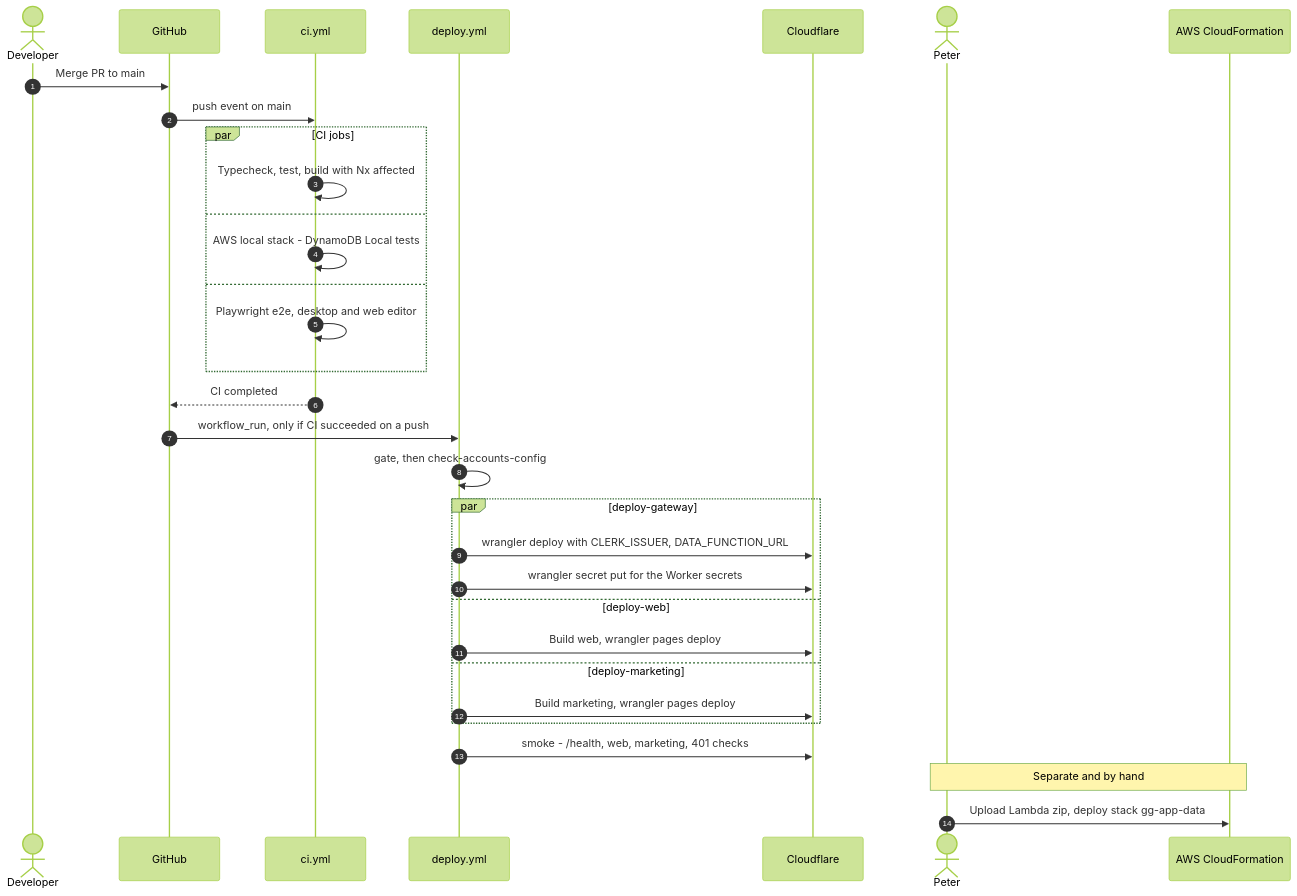
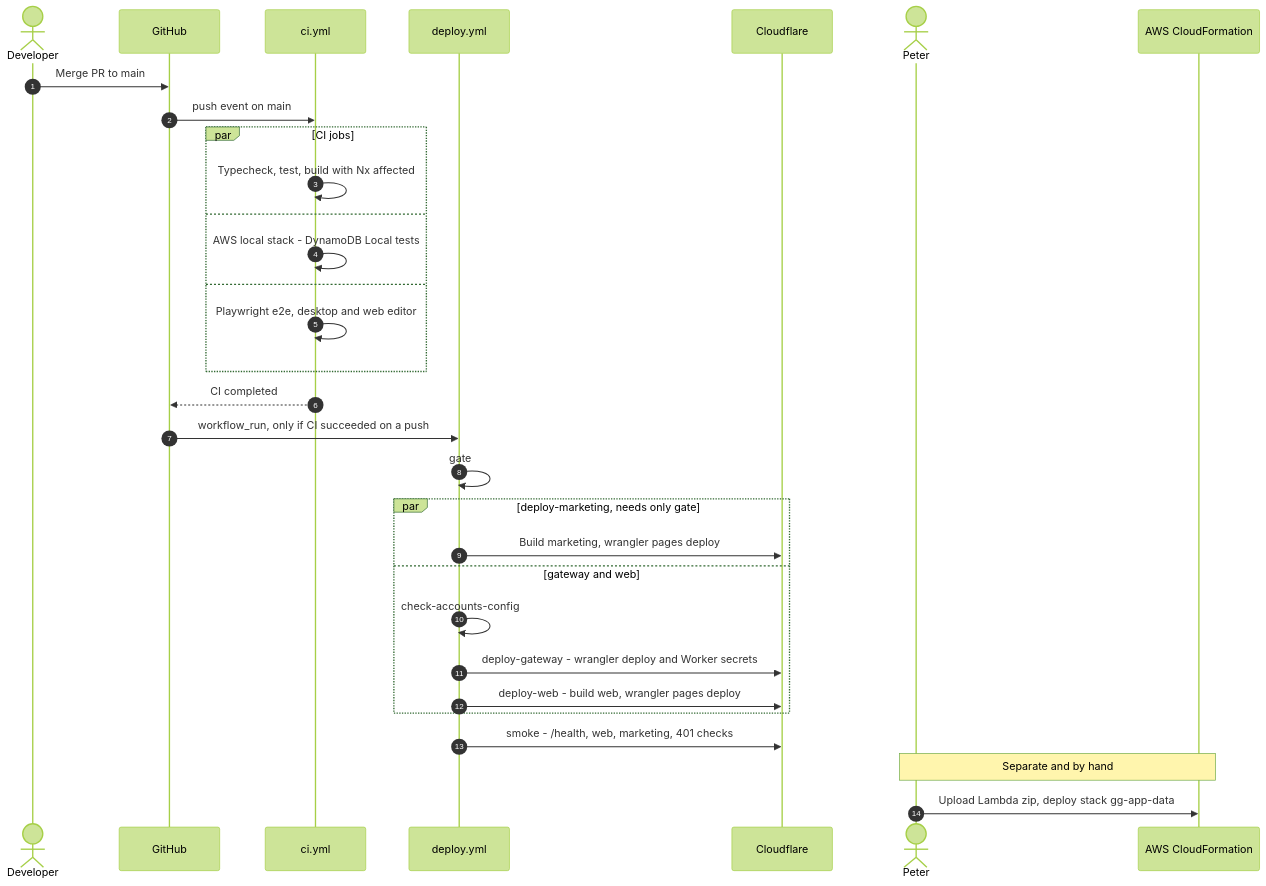
The sixth of 8 diagrams in docs/backend-services.md (grieverguidetech/griever-guidance), drawn with Mermaid (forest theme) before and after one commit. The commit also changed other lines of this file, not shown here.

Commit message:
docs: fix review findings in backend-services diagrams (#911)

````diff
--- a/docs/backend-services.md
+++ b/docs/backend-services.md
@@ -541,35 +552,34 @@
 ```mermaid
 sequenceDiagram
   autonumber
   actor D as Developer
   participant GH as GitHub
   participant CI as ci.yml
   participant DP as deploy.yml
   participant CF as Cloudflare
   actor P as Peter
   participant AWS as AWS CloudFormation
 
   D->>GH: Merge PR to main
   GH->>CI: push event on main
   par CI jobs
     CI->>CI: Typecheck, test, build with Nx affected
   and
     CI->>CI: AWS local stack - DynamoDB Local tests
   and
     CI->>CI: Playwright e2e, desktop and web editor
   end
   CI-->>GH: CI completed
   GH->>DP: workflow_run, only if CI succeeded on a push
-  DP->>DP: gate, then check-accounts-config
-  par deploy-gateway
-    DP->>CF: wrangler deploy with CLERK_ISSUER, DATA_FUNCTION_URL
-    DP->>CF: wrangler secret put for the Worker secrets
-  and deploy-web
-    DP->>CF: Build web, wrangler pages deploy
-  and deploy-marketing
+  DP->>DP: gate
+  par deploy-marketing, needs only gate
     DP->>CF: Build marketing, wrangler pages deploy
+  and gateway and web
+    DP->>DP: check-accounts-config
+    DP->>CF: deploy-gateway - wrangler deploy and Worker secrets
+    DP->>CF: deploy-web - build web, wrangler pages deploy
   end
   DP->>CF: smoke - /health, web, marketing, 401 checks
   Note over P,AWS: Separate and by hand
   P->>AWS: Upload Lambda zip, deploy stack gg-app-data
 ```
````
